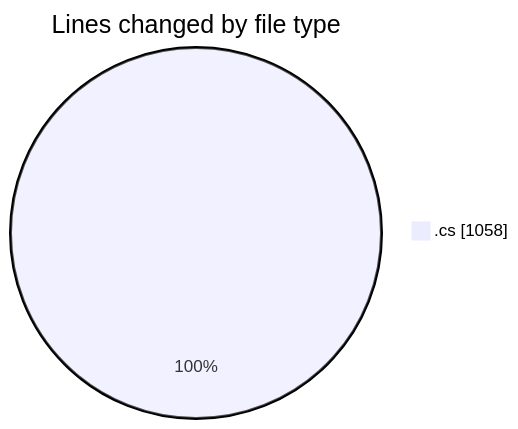
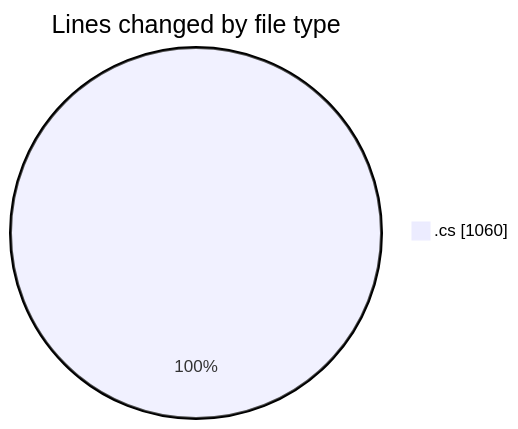
The first of 2 diagrams in 2025-03-29/back-end/README.md (Netris89/code-tracking), drawn with Mermaid before and after one commit. The commit also changed other lines of this file and 1 other file, not shown here.

````diff
--- a/2025-03-29/back-end/README.md
+++ b/2025-03-29/back-end/README.md
@@ -23,5 +23,5 @@
 ```mermaid
 pie showData
 title Lines changed by file type
-".cs" : 1058
+".cs" : 1060
 ```
````
